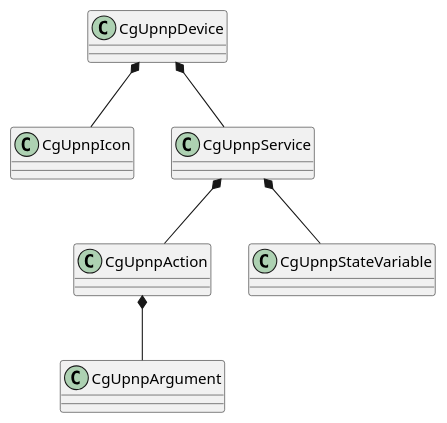
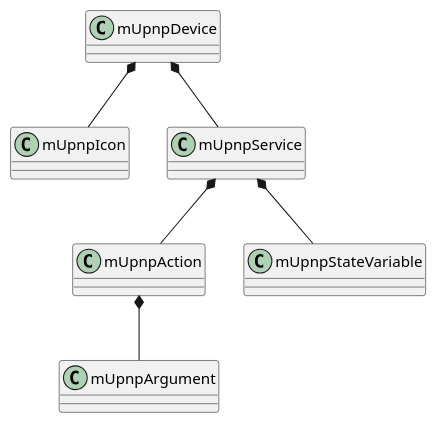
The diagram in doc/img/mupnp-c-device-class-overview.pu (cybergarage/mupnp), drawn with PlantUML before and after one commit. The commit also changed 3 other files, not shown here.

```diff
--- a/doc/img/mupnp-c-device-class-overview.pu
+++ b/doc/img/mupnp-c-device-class-overview.pu
@@ -1,7 +1,7 @@
 @startuml
-CgUpnpDevice *-- CgUpnpIcon
-CgUpnpDevice *-- CgUpnpService
-CgUpnpService *-- CgUpnpAction
-CgUpnpAction *-- CgUpnpArgument
-CgUpnpService *-- CgUpnpStateVariable
+mUpnpDevice *-- mUpnpIcon
+mUpnpDevice *-- mUpnpService
+mUpnpService *-- mUpnpAction
+mUpnpAction *-- mUpnpArgument
+mUpnpService *-- mUpnpStateVariable
 @enduml
```
